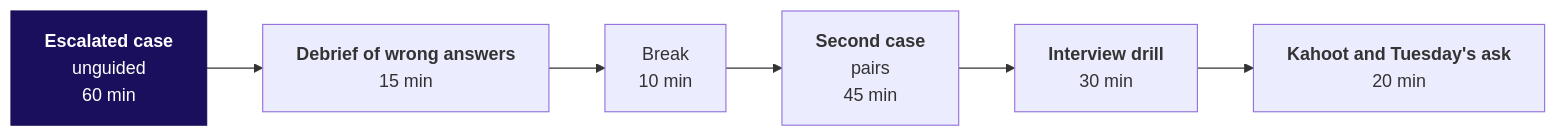
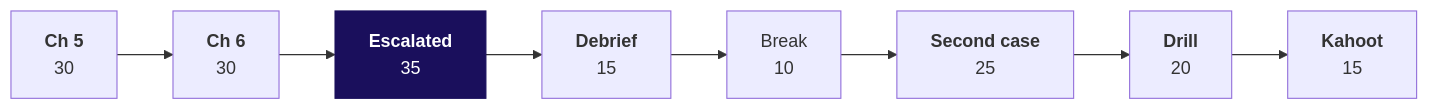
The second of 2 diagrams in content/W01/D1/trainer/C2_W01_D01_day_sheet_TRAINER.md (fde-academy-lab/c2-content-factory), drawn with Mermaid before and after one commit. The commit also changed other lines of this file and 11 other files, not shown here.

````diff
--- a/content/W01/D1/trainer/C2_W01_D01_day_sheet_TRAINER.md
+++ b/content/W01/D1/trainer/C2_W01_D01_day_sheet_TRAINER.md
@@ -50,6 +63,6 @@
 ```mermaid
 flowchart LR
-    E["<b>Escalated case</b><br/>unguided<br/>60 min"] --> D["<b>Debrief of wrong answers</b><br/>15 min"] --> B["Break<br/>10 min"] --> S["<b>Second case</b><br/>pairs<br/>45 min"] --> I["<b>Interview drill</b><br/>30 min"] --> K["<b>Kahoot and Tuesday's ask</b><br/>20 min"]
+    C5["<b>Ch 5</b><br/>30"] --> C6["<b>Ch 6</b><br/>30"] --> E["<b>Escalated</b><br/>35"] --> D["<b>Debrief</b><br/>15"] --> B["Break<br/>10"] --> S["<b>Second case</b><br/>25"] --> I["<b>Drill</b><br/>20"] --> K["<b>Kahoot</b><br/>15"]
     classDef core fill:#1A0F5C,stroke:#1A0F5C,color:#FFFFFF
     class E core
 ```
````
